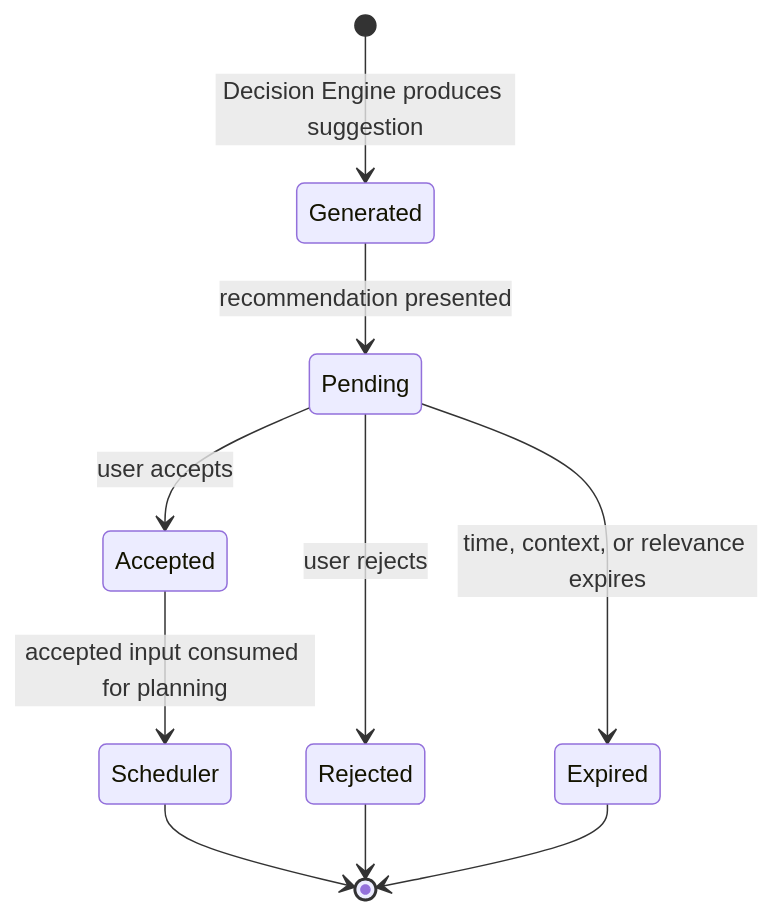
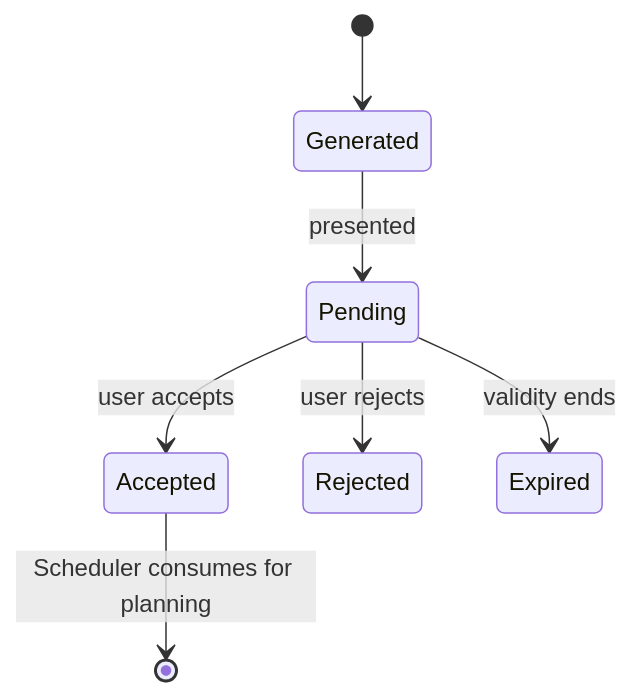
The sixth of 7 diagrams in docs/behavioral/STATE_MACHINES.md (adsecurto-boop/PAIOS), drawn with Mermaid before and after one commit. The commit also changed other lines of this file and 6 other files, not shown here.

Commit message:
v0.2.0 - Workplace testing updates before Claude architecture session

````diff
--- a/docs/behavioral/STATE_MACHINES.md
+++ b/docs/behavioral/STATE_MACHINES.md
@@ -279,12 +219,9 @@
 ```mermaid
 stateDiagram-v2
-    [*] --> Generated: Decision Engine produces suggestion
-    Generated --> Pending: recommendation presented
+    [*] --> Generated
+    Generated --> Pending: presented
     Pending --> Accepted: user accepts
-    Accepted --> Scheduler: accepted input consumed for planning
     Pending --> Rejected: user rejects
-    Pending --> Expired: time, context, or relevance expires
-    Scheduler --> [*]
-    Rejected --> [*]
-    Expired --> [*]
+    Pending --> Expired: validity ends
+    Accepted --> [*]: Scheduler consumes for planning
 ```
````
